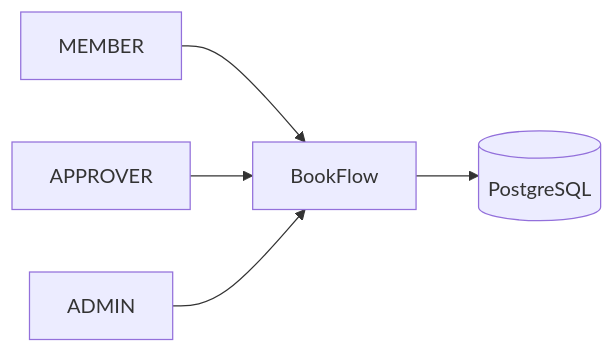
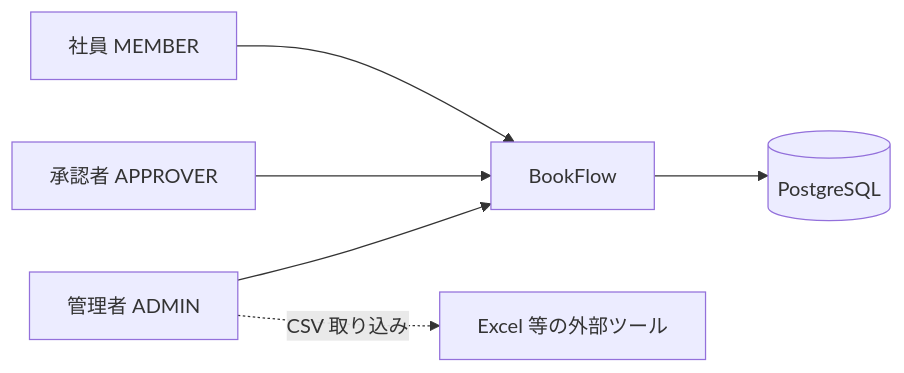
One commit to CHS-Training-Org/ai_training_for_chuo_system changed the diagram in Docs/spec/aidlc-docs/inception/reverse-engineering/business-overview.md. Above: the diagram before and after it, drawn with Mermaid. The commit also changed other lines of this file and 25 other files, not shown here.

````diff
--- a/Docs/spec/aidlc-docs/inception/reverse-engineering/business-overview.md
+++ b/Docs/spec/aidlc-docs/inception/reverse-engineering/business-overview.md
@@ -5,7 +7,8 @@
 ```mermaid
 flowchart LR
-  Member[MEMBER] --> BookFlow
-  Approver[APPROVER] --> BookFlow
-  Admin[ADMIN] --> BookFlow
-  BookFlow --> DB[(PostgreSQL)]
+  Emp[社員 MEMBER] --> BF[BookFlow]
+  Apr[承認者 APPROVER] --> BF
+  Adm[管理者 ADMIN] --> BF
+  BF --> DB[(PostgreSQL)]
+  Adm -. CSV 取り込み .-> Excel[Excel 等の外部ツール]
 ```
````
